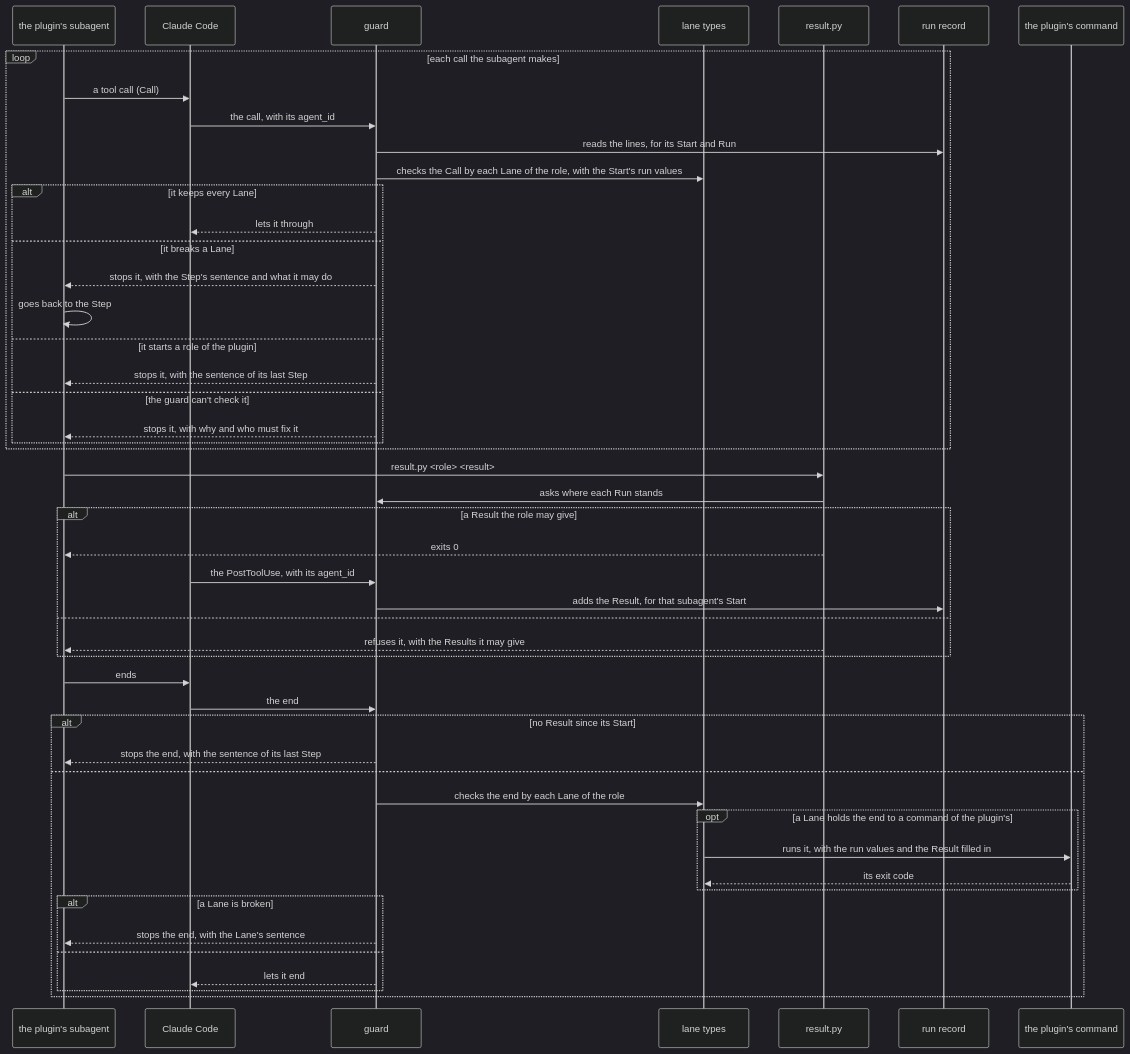
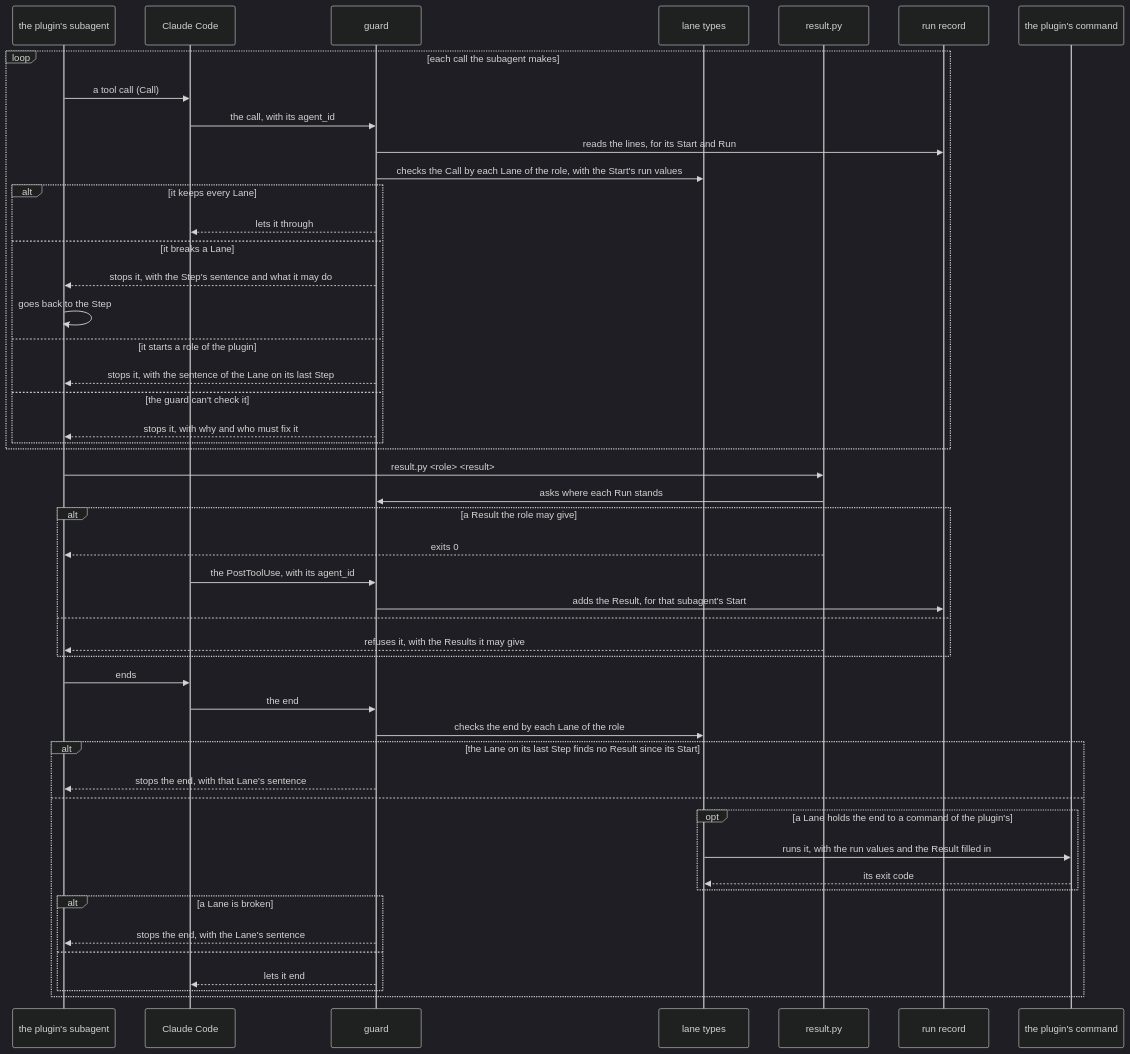
Before and after one commit to lovaizu/ccpm: the sixth of 7 diagrams in dev/lane/architecture.md, drawn with Mermaid (dark theme). The commit also changed other lines of this file, not shown here.

````diff
--- a/dev/lane/architecture.md
+++ b/dev/lane/architecture.md
@@ -462,51 +463,51 @@
 ```mermaid
 sequenceDiagram
   participant SA as the plugin's subagent
   participant CC as Claude Code
   participant G as guard
   participant T as lane types
   participant R as result.py
   participant RS as run record
   participant PC as the plugin's command
   loop each call the subagent makes
     SA->>CC: a tool call (Call)
     CC->>G: the call, with its agent_id
     G->>RS: reads the lines, for its Start and Run
     G->>T: checks the Call by each Lane of the role, with the Start's run values
     alt it keeps every Lane
       G-->>CC: lets it through
     else it breaks a Lane
       G-->>SA: stops it, with the Step's sentence and what it may do
       SA->>SA: goes back to the Step
     else it starts a role of the plugin
-      G-->>SA: stops it, with the sentence of its last Step
+      G-->>SA: stops it, with the sentence of the Lane on its last Step
     else the guard can't check it
       G-->>SA: stops it, with why and who must fix it
     end
   end
   SA->>R: result.py <role> <result>
   R->>G: asks where each Run stands
   alt a Result the role may give
     R-->>SA: exits 0
     CC->>G: the PostToolUse, with its agent_id
     G->>RS: adds the Result, for that subagent's Start
   else
     R-->>SA: refuses it, with the Results it may give
   end
   SA->>CC: ends
   CC->>G: the end
-  alt no Result since its Start
-    G-->>SA: stops the end, with the sentence of its last Step
+  G->>T: checks the end by each Lane of the role
+  alt the Lane on its last Step finds no Result since its Start
+    G-->>SA: stops the end, with that Lane's sentence
   else
-    G->>T: checks the end by each Lane of the role
     opt a Lane holds the end to a command of the plugin's
       T->>PC: runs it, with the run values and the Result filled in
       PC-->>T: its exit code
     end
     alt a Lane is broken
       G-->>SA: stops the end, with the Lane's sentence
     else
       G-->>CC: lets it end
     end
   end
 ```
````
